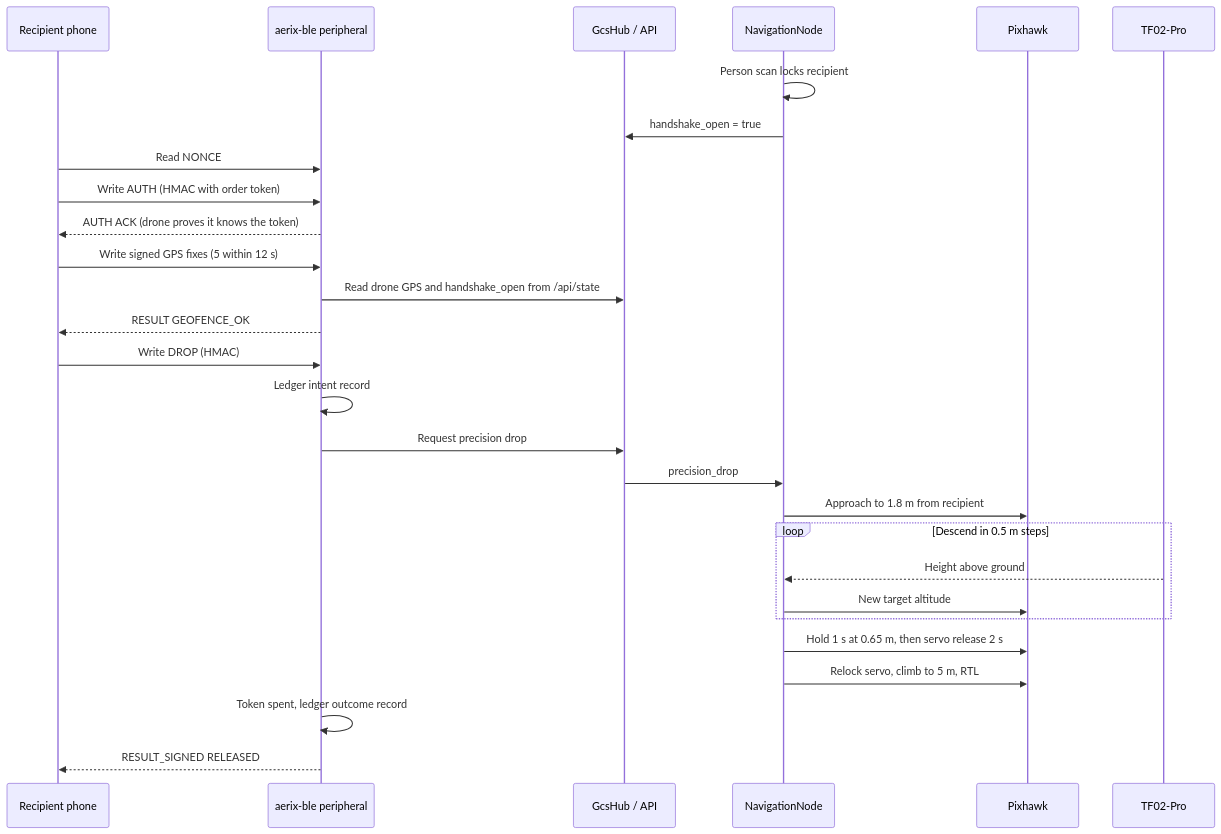
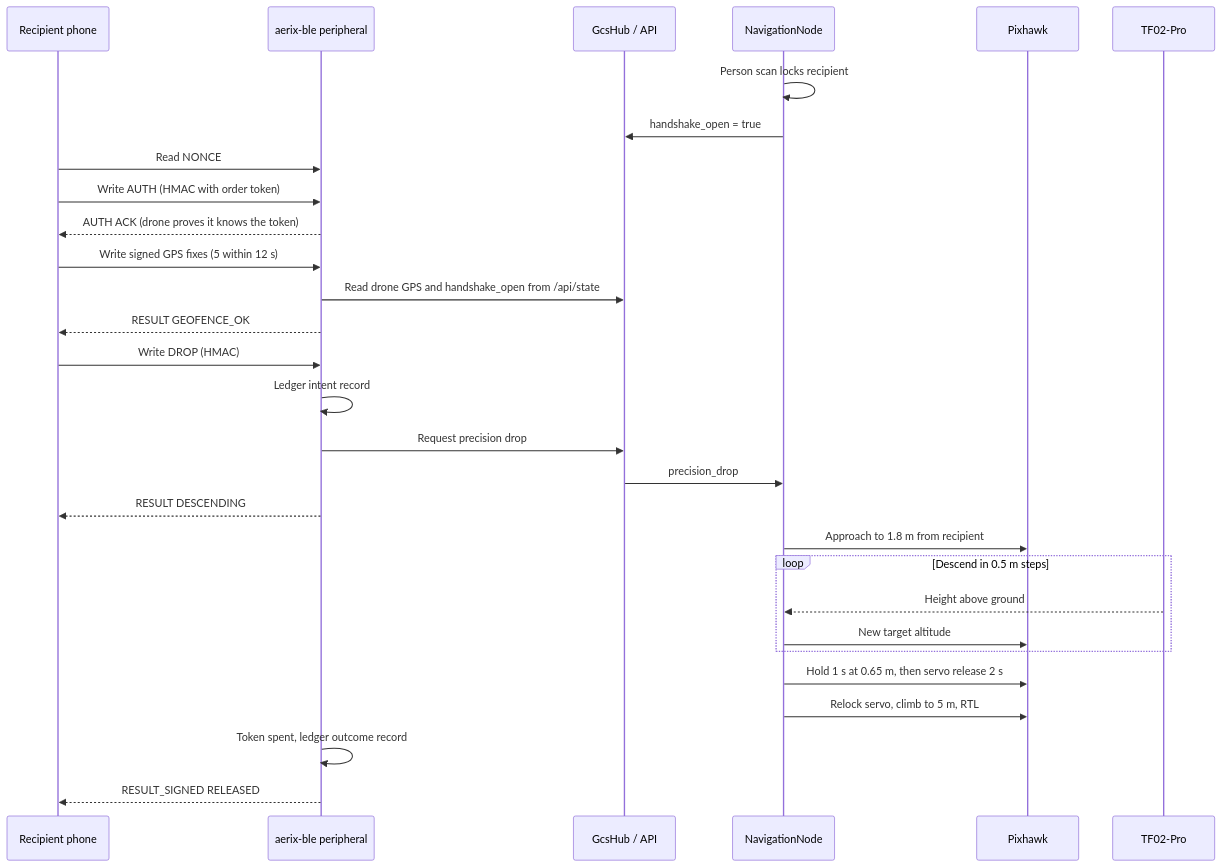
Before and after one commit to GVishwasReddy/AERIX-Capstone-Team-21: the fourth of 5 diagrams in docs/guide/01-overview.md, drawn with Mermaid. The commit also changed other lines of this file and 8 other files, not shown here.

````diff
--- a/docs/guide/01-overview.md
+++ b/docs/guide/01-overview.md
@@ -257,31 +258,32 @@
 ```mermaid
 sequenceDiagram
     participant App as Recipient phone
     participant BLE as aerix-ble peripheral
     participant GCS as GcsHub / API
     participant Nav as NavigationNode
     participant FC as Pixhawk
     participant RF as TF02-Pro
 
     Nav->>Nav: Person scan locks recipient
     Nav->>GCS: handshake_open = true
     App->>BLE: Read NONCE
     App->>BLE: Write AUTH (HMAC with order token)
     BLE-->>App: AUTH ACK (drone proves it knows the token)
     App->>BLE: Write signed GPS fixes (5 within 12 s)
     BLE->>GCS: Read drone GPS and handshake_open from /api/state
     BLE-->>App: RESULT GEOFENCE_OK
     App->>BLE: Write DROP (HMAC)
     BLE->>BLE: Ledger intent record
     BLE->>GCS: Request precision drop
     GCS->>Nav: precision_drop
+    BLE-->>App: RESULT DESCENDING
     Nav->>FC: Approach to 1.8 m from recipient
     loop Descend in 0.5 m steps
         RF-->>Nav: Height above ground
         Nav->>FC: New target altitude
     end
     Nav->>FC: Hold 1 s at 0.65 m, then servo release 2 s
     Nav->>FC: Relock servo, climb to 5 m, RTL
     BLE->>BLE: Token spent, ledger outcome record
     BLE-->>App: RESULT_SIGNED RELEASED
 ```
````
